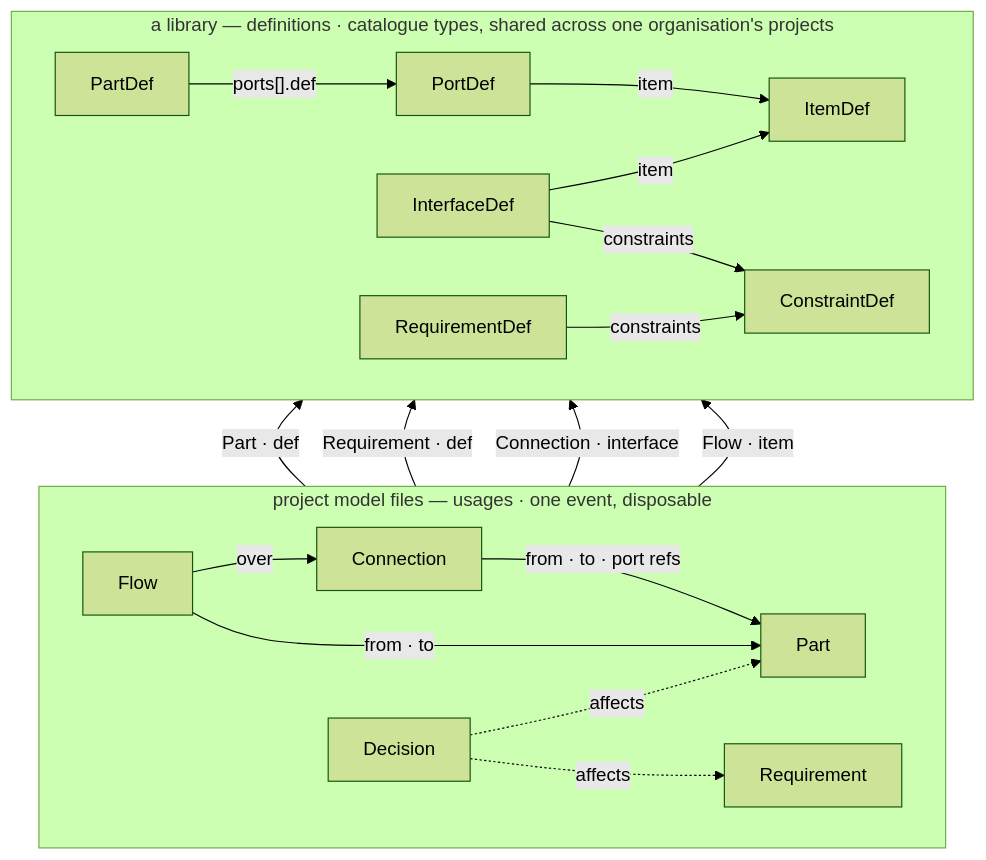
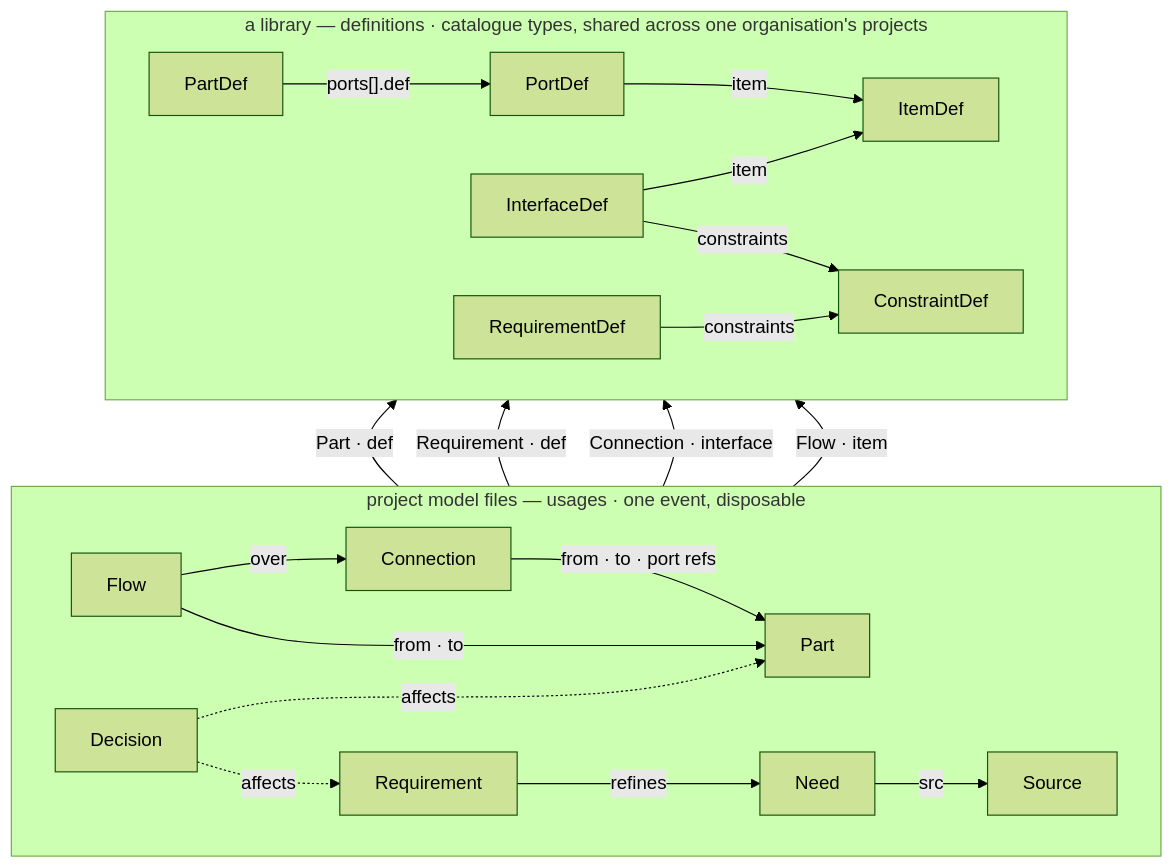
The first of 2 diagrams in spec/02-metamodel.md (szantob/EventML), drawn with Mermaid (forest theme) before and after one commit. The commit also changed other lines of this file and 1 other file, not shown here.

````diff
--- a/spec/02-metamodel.md
+++ b/spec/02-metamodel.md
@@ -27,38 +28,42 @@
 ```mermaid
 flowchart BT
     subgraph lib["a library — definitions · catalogue types, shared across one organisation's projects"]
         direction LR
         ItemDef
         PortDef
         PartDef
         InterfaceDef
         RequirementDef
         ConstraintDef
     end
 
     subgraph model["project model files — usages · one event, disposable"]
         direction LR
         Part
         Connection
         Flow
         Requirement
         Decision
+        Source
+        Need
     end
 
     PortDef -->|"item"| ItemDef
     InterfaceDef -->|"item"| ItemDef
     PartDef -->|"ports#91;#93;.def"| PortDef
     InterfaceDef -->|"constraints"| ConstraintDef
     RequirementDef -->|"constraints"| ConstraintDef
 
     Part -->|"Part · def"| PartDef
     Requirement -->|"Requirement · def"| RequirementDef
     Connection -->|"Connection · interface"| InterfaceDef
     Flow -->|"Flow · item"| ItemDef
 
     Connection -->|"from · to · port refs"| Part
     Flow -->|"from · to"| Part
     Flow -->|"over"| Connection
     Decision -.->|"affects"| Part
     Decision -.->|"affects"| Requirement
+    Need -->|"src"| Source
+    Requirement -->|"refines"| Need
 ```
````
